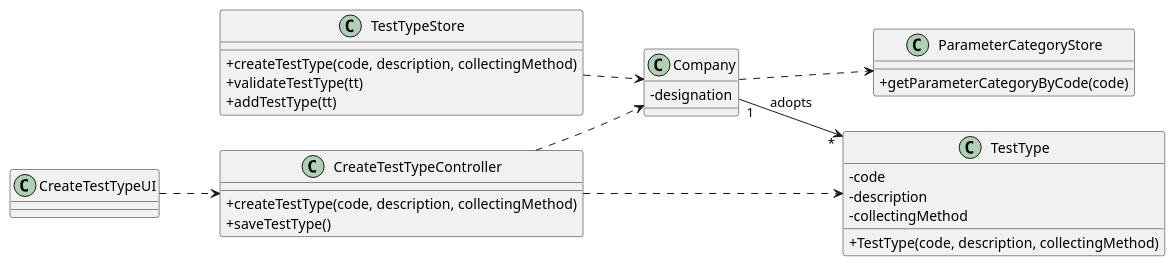
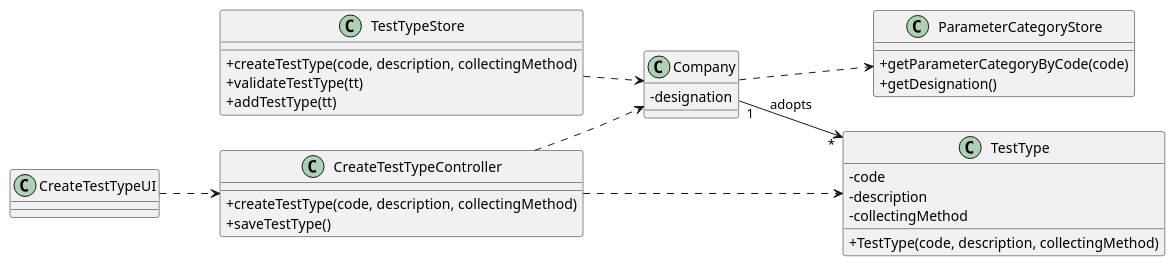
The diagram in docs/SprintB/US09/US09-CD.puml (0franciscor/lei-21-s2-1de-g19), drawn with PlantUML before and after one commit. The commit also changed 4 other files, not shown here.

```diff
--- a/docs/SprintB/US09/US09-CD.puml
+++ b/docs/SprintB/US09/US09-CD.puml
@@ -1,42 +1,43 @@
 @startuml
 skinparam classAttributeIconSize 0
 left to right direction
 
 class "Company" as C {
 -designation
 }
 
 class "TestTypeStore" as TTS{
 +createTestType(code, description, collectingMethod)
 +validateTestType(tt)
 +addTestType(tt)
 }
 
 class "ParameterCategoryStore" as PCS{
 +getParameterCategoryByCode(code)
++getDesignation()
 }
 
 class "TestType" as TT {
 -code
 -description
 -collectingMethod
 +TestType(code, description, collectingMethod)
 }
 
 class "CreateTestTypeController" as CTTC {
 +createTestType(code, description, collectingMethod)
 +saveTestType()
 }
 
 class "CreateTestTypeUI" as CTTUI
 class "TestType" as TT
 class "CreateTestTypeController" as CTTC
 
 CTTUI ..> CTTC
 C ..> PCS
 TTS ..> C
 CTTC ..> TT
 CTTC ..> C
 C "1" --> "*" TT : adopts
 
 @enduml
```
